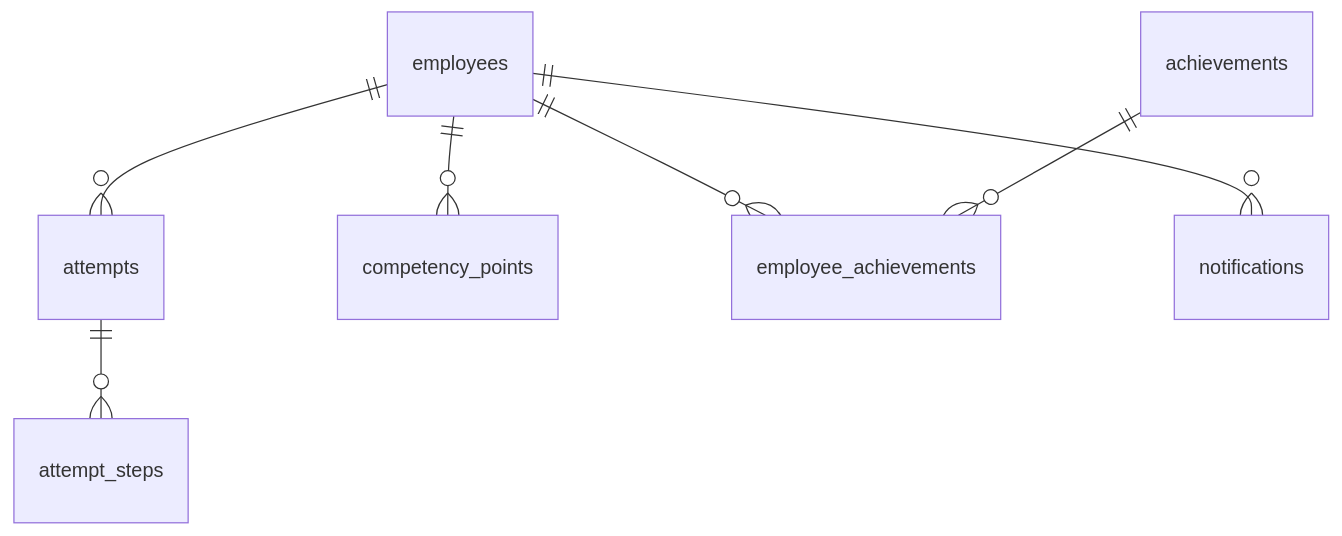
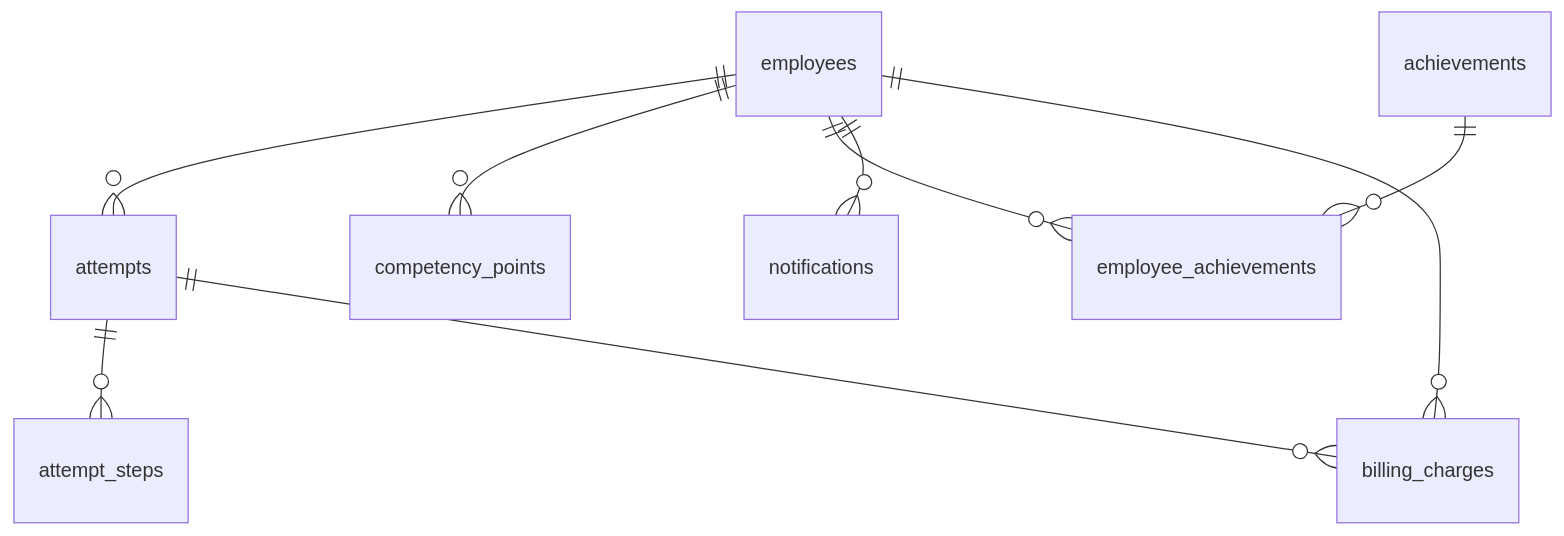
One commit to KolyaKotlin/vsm changed the fifth of 5 diagrams in docs/ARCHITECTURE.md. Above: the diagram before and after it, drawn with Mermaid. The commit also changed other lines of this file and 8 other files, not shown here.

````diff
--- a/docs/ARCHITECTURE.md
+++ b/docs/ARCHITECTURE.md
@@ -180,9 +185,11 @@
 ```mermaid
 erDiagram
     employees ||--o{ attempts : ""
     employees ||--o{ competency_points : ""
     employees ||--o{ employee_achievements : ""
     employees ||--o{ notifications : ""
+    employees ||--o{ billing_charges : ""
     attempts  ||--o{ attempt_steps : ""
+    attempts  ||--o{ billing_charges : ""
     achievements ||--o{ employee_achievements : ""
 ```
````
